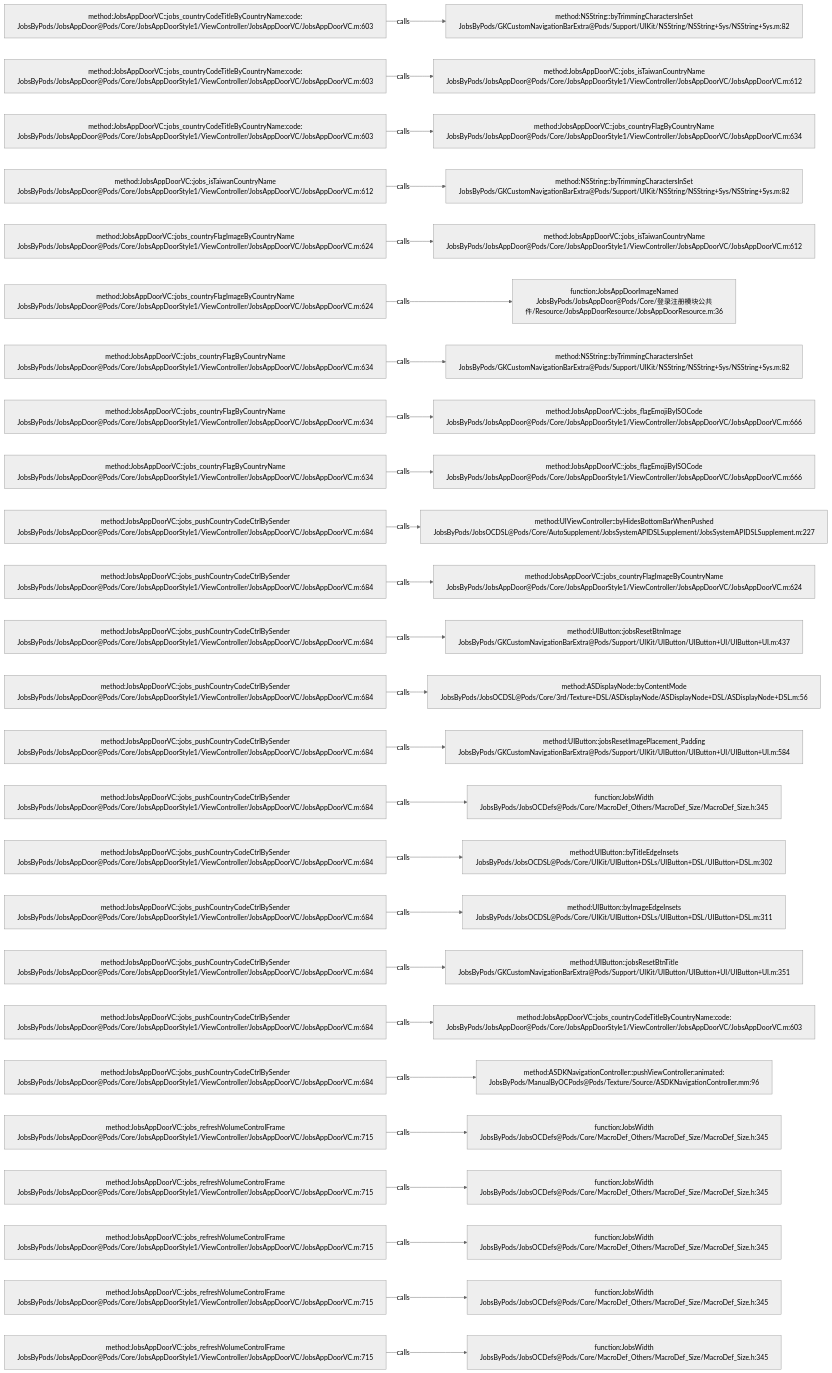
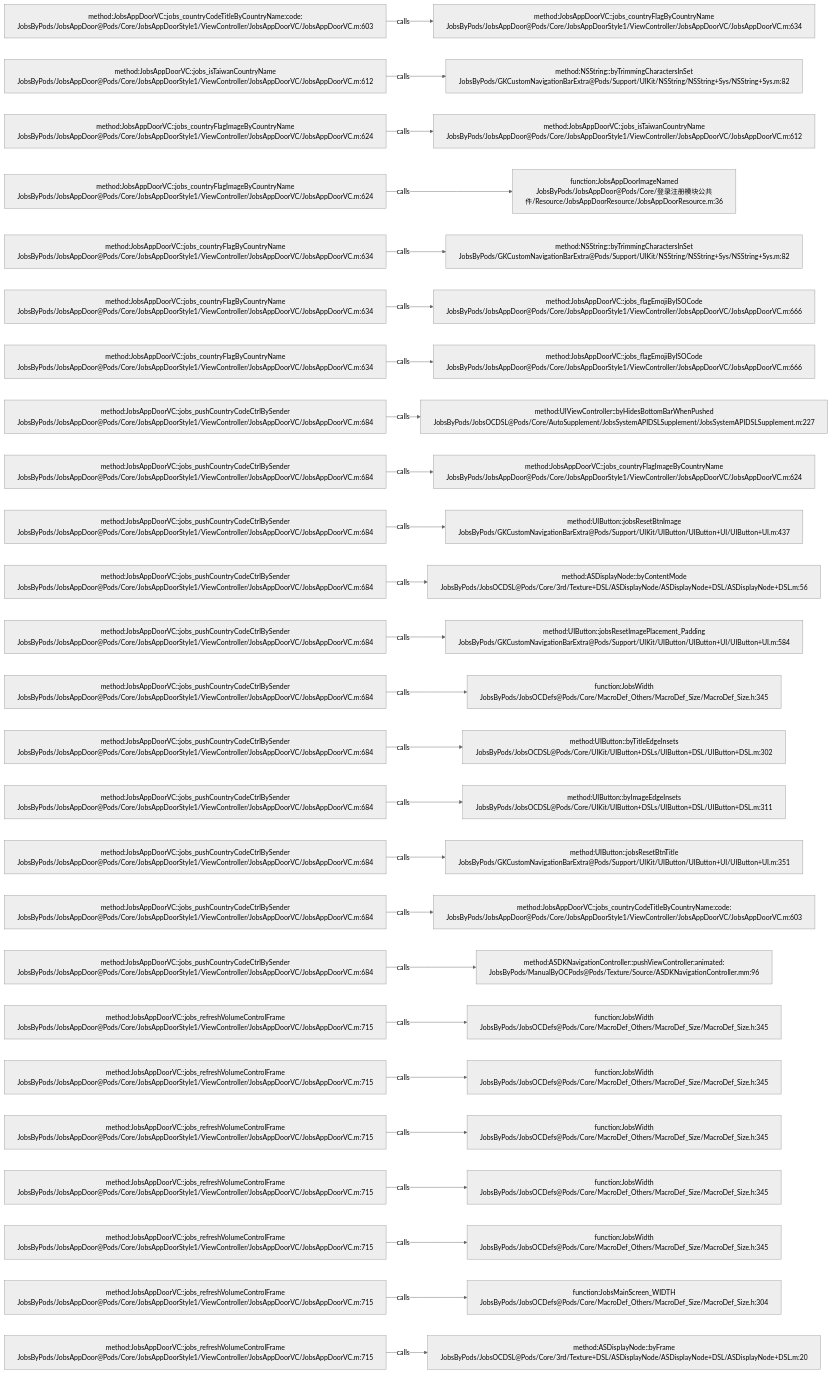
The diagram in .codegraph/codegraph.md/graphs/calls-109.md (JobsKits/JobsOCBaseConfigDemo), drawn with Mermaid (neutral theme) before and after one commit. The commit also changed 116 other files, not shown here.

````diff
--- a/.codegraph/codegraph.md/graphs/calls-109.md
+++ b/.codegraph/codegraph.md/graphs/calls-109.md
@@ -13,78 +13,78 @@
 ```mermaid
 flowchart LR
   S1["method:JobsAppDoorVC::jobs_countryCodeTitleByCountryName:code:<br/>JobsByPods/JobsAppDoor@Pods/Core/JobsAppDoorStyle1/ViewController/JobsAppDoorVC/JobsAppDoorVC.m:603"]
-  T1["method:NSString::byTrimmingCharactersInSet<br/>JobsByPods/GKCustomNavigationBarExtra@Pods/Support/UIKit/NSString/NSString+Sys/NSString+Sys.m:82"]
+  T1["method:JobsAppDoorVC::jobs_countryFlagByCountryName<br/>JobsByPods/JobsAppDoor@Pods/Core/JobsAppDoorStyle1/ViewController/JobsAppDoorVC/JobsAppDoorVC.m:634"]
   S1 -->|calls| T1
-  S2["method:JobsAppDoorVC::jobs_countryCodeTitleByCountryName:code:<br/>JobsByPods/JobsAppDoor@Pods/Core/JobsAppDoorStyle1/ViewController/JobsAppDoorVC/JobsAppDoorVC.m:603"]
-  T2["method:JobsAppDoorVC::jobs_isTaiwanCountryName<br/>JobsByPods/JobsAppDoor@Pods/Core/JobsAppDoorStyle1/ViewController/JobsAppDoorVC/JobsAppDoorVC.m:612"]
+  S2["method:JobsAppDoorVC::jobs_isTaiwanCountryName<br/>JobsByPods/JobsAppDoor@Pods/Core/JobsAppDoorStyle1/ViewController/JobsAppDoorVC/JobsAppDoorVC.m:612"]
+  T2["method:NSString::byTrimmingCharactersInSet<br/>JobsByPods/GKCustomNavigationBarExtra@Pods/Support/UIKit/NSString/NSString+Sys/NSString+Sys.m:82"]
   S2 -->|calls| T2
-  S3["method:JobsAppDoorVC::jobs_countryCodeTitleByCountryName:code:<br/>JobsByPods/JobsAppDoor@Pods/Core/JobsAppDoorStyle1/ViewController/JobsAppDoorVC/JobsAppDoorVC.m:603"]
-  T3["method:JobsAppDoorVC::jobs_countryFlagByCountryName<br/>JobsByPods/JobsAppDoor@Pods/Core/JobsAppDoorStyle1/ViewController/JobsAppDoorVC/JobsAppDoorVC.m:634"]
+  S3["method:JobsAppDoorVC::jobs_countryFlagImageByCountryName<br/>JobsByPods/JobsAppDoor@Pods/Core/JobsAppDoorStyle1/ViewController/JobsAppDoorVC/JobsAppDoorVC.m:624"]
+  T3["method:JobsAppDoorVC::jobs_isTaiwanCountryName<br/>JobsByPods/JobsAppDoor@Pods/Core/JobsAppDoorStyle1/ViewController/JobsAppDoorVC/JobsAppDoorVC.m:612"]
   S3 -->|calls| T3
-  S4["method:JobsAppDoorVC::jobs_isTaiwanCountryName<br/>JobsByPods/JobsAppDoor@Pods/Core/JobsAppDoorStyle1/ViewController/JobsAppDoorVC/JobsAppDoorVC.m:612"]
-  T4["method:NSString::byTrimmingCharactersInSet<br/>JobsByPods/GKCustomNavigationBarExtra@Pods/Support/UIKit/NSString/NSString+Sys/NSString+Sys.m:82"]
+  S4["method:JobsAppDoorVC::jobs_countryFlagImageByCountryName<br/>JobsByPods/JobsAppDoor@Pods/Core/JobsAppDoorStyle1/ViewController/JobsAppDoorVC/JobsAppDoorVC.m:624"]
+  T4["function:JobsAppDoorImageNamed<br/>JobsByPods/JobsAppDoor@Pods/Core/登录注册模块公共件/Resource/JobsAppDoorResource/JobsAppDoorResource.m:36"]
   S4 -->|calls| T4
-  S5["method:JobsAppDoorVC::jobs_countryFlagImageByCountryName<br/>JobsByPods/JobsAppDoor@Pods/Core/JobsAppDoorStyle1/ViewController/JobsAppDoorVC/JobsAppDoorVC.m:624"]
-  T5["method:JobsAppDoorVC::jobs_isTaiwanCountryName<br/>JobsByPods/JobsAppDoor@Pods/Core/JobsAppDoorStyle1/ViewController/JobsAppDoorVC/JobsAppDoorVC.m:612"]
+  S5["method:JobsAppDoorVC::jobs_countryFlagByCountryName<br/>JobsByPods/JobsAppDoor@Pods/Core/JobsAppDoorStyle1/ViewController/JobsAppDoorVC/JobsAppDoorVC.m:634"]
+  T5["method:NSString::byTrimmingCharactersInSet<br/>JobsByPods/GKCustomNavigationBarExtra@Pods/Support/UIKit/NSString/NSString+Sys/NSString+Sys.m:82"]
   S5 -->|calls| T5
-  S6["method:JobsAppDoorVC::jobs_countryFlagImageByCountryName<br/>JobsByPods/JobsAppDoor@Pods/Core/JobsAppDoorStyle1/ViewController/JobsAppDoorVC/JobsAppDoorVC.m:624"]
-  T6["function:JobsAppDoorImageNamed<br/>JobsByPods/JobsAppDoor@Pods/Core/登录注册模块公共件/Resource/JobsAppDoorResource/JobsAppDoorResource.m:36"]
+  S6["method:JobsAppDoorVC::jobs_countryFlagByCountryName<br/>JobsByPods/JobsAppDoor@Pods/Core/JobsAppDoorStyle1/ViewController/JobsAppDoorVC/JobsAppDoorVC.m:634"]
+  T6["method:JobsAppDoorVC::jobs_flagEmojiByISOCode<br/>JobsByPods/JobsAppDoor@Pods/Core/JobsAppDoorStyle1/ViewController/JobsAppDoorVC/JobsAppDoorVC.m:666"]
   S6 -->|calls| T6
   S7["method:JobsAppDoorVC::jobs_countryFlagByCountryName<br/>JobsByPods/JobsAppDoor@Pods/Core/JobsAppDoorStyle1/ViewController/JobsAppDoorVC/JobsAppDoorVC.m:634"]
-  T7["method:NSString::byTrimmingCharactersInSet<br/>JobsByPods/GKCustomNavigationBarExtra@Pods/Support/UIKit/NSString/NSString+Sys/NSString+Sys.m:82"]
+  T7["method:JobsAppDoorVC::jobs_flagEmojiByISOCode<br/>JobsByPods/JobsAppDoor@Pods/Core/JobsAppDoorStyle1/ViewController/JobsAppDoorVC/JobsAppDoorVC.m:666"]
   S7 -->|calls| T7
-  S8["method:JobsAppDoorVC::jobs_countryFlagByCountryName<br/>JobsByPods/JobsAppDoor@Pods/Core/JobsAppDoorStyle1/ViewController/JobsAppDoorVC/JobsAppDoorVC.m:634"]
-  T8["method:JobsAppDoorVC::jobs_flagEmojiByISOCode<br/>JobsByPods/JobsAppDoor@Pods/Core/JobsAppDoorStyle1/ViewController/JobsAppDoorVC/JobsAppDoorVC.m:666"]
+  S8["method:JobsAppDoorVC::jobs_pushCountryCodeCtrlBySender<br/>JobsByPods/JobsAppDoor@Pods/Core/JobsAppDoorStyle1/ViewController/JobsAppDoorVC/JobsAppDoorVC.m:684"]
+  T8["method:UIViewController::byHidesBottomBarWhenPushed<br/>JobsByPods/JobsOCDSL@Pods/Core/AutoSupplement/JobsSystemAPIDSLSupplement/JobsSystemAPIDSLSupplement.m:227"]
   S8 -->|calls| T8
-  S9["method:JobsAppDoorVC::jobs_countryFlagByCountryName<br/>JobsByPods/JobsAppDoor@Pods/Core/JobsAppDoorStyle1/ViewController/JobsAppDoorVC/JobsAppDoorVC.m:634"]
-  T9["method:JobsAppDoorVC::jobs_flagEmojiByISOCode<br/>JobsByPods/JobsAppDoor@Pods/Core/JobsAppDoorStyle1/ViewController/JobsAppDoorVC/JobsAppDoorVC.m:666"]
+  S9["method:JobsAppDoorVC::jobs_pushCountryCodeCtrlBySender<br/>JobsByPods/JobsAppDoor@Pods/Core/JobsAppDoorStyle1/ViewController/JobsAppDoorVC/JobsAppDoorVC.m:684"]
+  T9["method:JobsAppDoorVC::jobs_countryFlagImageByCountryName<br/>JobsByPods/JobsAppDoor@Pods/Core/JobsAppDoorStyle1/ViewController/JobsAppDoorVC/JobsAppDoorVC.m:624"]
   S9 -->|calls| T9
   S10["method:JobsAppDoorVC::jobs_pushCountryCodeCtrlBySender<br/>JobsByPods/JobsAppDoor@Pods/Core/JobsAppDoorStyle1/ViewController/JobsAppDoorVC/JobsAppDoorVC.m:684"]
-  T10["method:UIViewController::byHidesBottomBarWhenPushed<br/>JobsByPods/JobsOCDSL@Pods/Core/AutoSupplement/JobsSystemAPIDSLSupplement/JobsSystemAPIDSLSupplement.m:227"]
+  T10["method:UIButton::jobsResetBtnImage<br/>JobsByPods/GKCustomNavigationBarExtra@Pods/Support/UIKit/UIButton/UIButton+UI/UIButton+UI.m:437"]
   S10 -->|calls| T10
   S11["method:JobsAppDoorVC::jobs_pushCountryCodeCtrlBySender<br/>JobsByPods/JobsAppDoor@Pods/Core/JobsAppDoorStyle1/ViewController/JobsAppDoorVC/JobsAppDoorVC.m:684"]
-  T11["method:JobsAppDoorVC::jobs_countryFlagImageByCountryName<br/>JobsByPods/JobsAppDoor@Pods/Core/JobsAppDoorStyle1/ViewController/JobsAppDoorVC/JobsAppDoorVC.m:624"]
+  T11["method:ASDisplayNode::byContentMode<br/>JobsByPods/JobsOCDSL@Pods/Core/3rd/Texture+DSL/ASDisplayNode/ASDisplayNode+DSL/ASDisplayNode+DSL.m:56"]
   S11 -->|calls| T11
   S12["method:JobsAppDoorVC::jobs_pushCountryCodeCtrlBySender<br/>JobsByPods/JobsAppDoor@Pods/Core/JobsAppDoorStyle1/ViewController/JobsAppDoorVC/JobsAppDoorVC.m:684"]
-  T12["method:UIButton::jobsResetBtnImage<br/>JobsByPods/GKCustomNavigationBarExtra@Pods/Support/UIKit/UIButton/UIButton+UI/UIButton+UI.m:437"]
+  T12["method:UIButton::jobsResetImagePlacement_Padding<br/>JobsByPods/GKCustomNavigationBarExtra@Pods/Support/UIKit/UIButton/UIButton+UI/UIButton+UI.m:584"]
   S12 -->|calls| T12
   S13["method:JobsAppDoorVC::jobs_pushCountryCodeCtrlBySender<br/>JobsByPods/JobsAppDoor@Pods/Core/JobsAppDoorStyle1/ViewController/JobsAppDoorVC/JobsAppDoorVC.m:684"]
-  T13["method:ASDisplayNode::byContentMode<br/>JobsByPods/JobsOCDSL@Pods/Core/3rd/Texture+DSL/ASDisplayNode/ASDisplayNode+DSL/ASDisplayNode+DSL.m:56"]
+  T13["function:JobsWidth<br/>JobsByPods/JobsOCDefs@Pods/Core/MacroDef_Others/MacroDef_Size/MacroDef_Size.h:345"]
   S13 -->|calls| T13
   S14["method:JobsAppDoorVC::jobs_pushCountryCodeCtrlBySender<br/>JobsByPods/JobsAppDoor@Pods/Core/JobsAppDoorStyle1/ViewController/JobsAppDoorVC/JobsAppDoorVC.m:684"]
-  T14["method:UIButton::jobsResetImagePlacement_Padding<br/>JobsByPods/GKCustomNavigationBarExtra@Pods/Support/UIKit/UIButton/UIButton+UI/UIButton+UI.m:584"]
+  T14["method:UIButton::byTitleEdgeInsets<br/>JobsByPods/JobsOCDSL@Pods/Core/UIKit/UIButton+DSLs/UIButton+DSL/UIButton+DSL.m:302"]
   S14 -->|calls| T14
   S15["method:JobsAppDoorVC::jobs_pushCountryCodeCtrlBySender<br/>JobsByPods/JobsAppDoor@Pods/Core/JobsAppDoorStyle1/ViewController/JobsAppDoorVC/JobsAppDoorVC.m:684"]
-  T15["function:JobsWidth<br/>JobsByPods/JobsOCDefs@Pods/Core/MacroDef_Others/MacroDef_Size/MacroDef_Size.h:345"]
+  T15["method:UIButton::byImageEdgeInsets<br/>JobsByPods/JobsOCDSL@Pods/Core/UIKit/UIButton+DSLs/UIButton+DSL/UIButton+DSL.m:311"]
   S15 -->|calls| T15
   S16["method:JobsAppDoorVC::jobs_pushCountryCodeCtrlBySender<br/>JobsByPods/JobsAppDoor@Pods/Core/JobsAppDoorStyle1/ViewController/JobsAppDoorVC/JobsAppDoorVC.m:684"]
-  T16["method:UIButton::byTitleEdgeInsets<br/>JobsByPods/JobsOCDSL@Pods/Core/UIKit/UIButton+DSLs/UIButton+DSL/UIButton+DSL.m:302"]
+  T16["method:UIButton::jobsResetBtnTitle<br/>JobsByPods/GKCustomNavigationBarExtra@Pods/Support/UIKit/UIButton/UIButton+UI/UIButton+UI.m:351"]
   S16 -->|calls| T16
   S17["method:JobsAppDoorVC::jobs_pushCountryCodeCtrlBySender<br/>JobsByPods/JobsAppDoor@Pods/Core/JobsAppDoorStyle1/ViewController/JobsAppDoorVC/JobsAppDoorVC.m:684"]
-  T17["method:UIButton::byImageEdgeInsets<br/>JobsByPods/JobsOCDSL@Pods/Core/UIKit/UIButton+DSLs/UIButton+DSL/UIButton+DSL.m:311"]
+  T17["method:JobsAppDoorVC::jobs_countryCodeTitleByCountryName:code:<br/>JobsByPods/JobsAppDoor@Pods/Core/JobsAppDoorStyle1/ViewController/JobsAppDoorVC/JobsAppDoorVC.m:603"]
   S17 -->|calls| T17
   S18["method:JobsAppDoorVC::jobs_pushCountryCodeCtrlBySender<br/>JobsByPods/JobsAppDoor@Pods/Core/JobsAppDoorStyle1/ViewController/JobsAppDoorVC/JobsAppDoorVC.m:684"]
-  T18["method:UIButton::jobsResetBtnTitle<br/>JobsByPods/GKCustomNavigationBarExtra@Pods/Support/UIKit/UIButton/UIButton+UI/UIButton+UI.m:351"]
+  T18["method:ASDKNavigationController::pushViewController:animated:<br/>JobsByPods/ManualByOCPods@Pods/Texture/Source/ASDKNavigationController.mm:96"]
   S18 -->|calls| T18
-  S19["method:JobsAppDoorVC::jobs_pushCountryCodeCtrlBySender<br/>JobsByPods/JobsAppDoor@Pods/Core/JobsAppDoorStyle1/ViewController/JobsAppDoorVC/JobsAppDoorVC.m:684"]
-  T19["method:JobsAppDoorVC::jobs_countryCodeTitleByCountryName:code:<br/>JobsByPods/JobsAppDoor@Pods/Core/JobsAppDoorStyle1/ViewController/JobsAppDoorVC/JobsAppDoorVC.m:603"]
+  S19["method:JobsAppDoorVC::jobs_refreshVolumeControlFrame<br/>JobsByPods/JobsAppDoor@Pods/Core/JobsAppDoorStyle1/ViewController/JobsAppDoorVC/JobsAppDoorVC.m:715"]
+  T19["function:JobsWidth<br/>JobsByPods/JobsOCDefs@Pods/Core/MacroDef_Others/MacroDef_Size/MacroDef_Size.h:345"]
   S19 -->|calls| T19
-  S20["method:JobsAppDoorVC::jobs_pushCountryCodeCtrlBySender<br/>JobsByPods/JobsAppDoor@Pods/Core/JobsAppDoorStyle1/ViewController/JobsAppDoorVC/JobsAppDoorVC.m:684"]
-  T20["method:ASDKNavigationController::pushViewController:animated:<br/>JobsByPods/ManualByOCPods@Pods/Texture/Source/ASDKNavigationController.mm:96"]
+  S20["method:JobsAppDoorVC::jobs_refreshVolumeControlFrame<br/>JobsByPods/JobsAppDoor@Pods/Core/JobsAppDoorStyle1/ViewController/JobsAppDoorVC/JobsAppDoorVC.m:715"]
+  T20["function:JobsWidth<br/>JobsByPods/JobsOCDefs@Pods/Core/MacroDef_Others/MacroDef_Size/MacroDef_Size.h:345"]
   S20 -->|calls| T20
   S21["method:JobsAppDoorVC::jobs_refreshVolumeControlFrame<br/>JobsByPods/JobsAppDoor@Pods/Core/JobsAppDoorStyle1/ViewController/JobsAppDoorVC/JobsAppDoorVC.m:715"]
   T21["function:JobsWidth<br/>JobsByPods/JobsOCDefs@Pods/Core/MacroDef_Others/MacroDef_Size/MacroDef_Size.h:345"]
   S21 -->|calls| T21
   S22["method:JobsAppDoorVC::jobs_refreshVolumeControlFrame<br/>JobsByPods/JobsAppDoor@Pods/Core/JobsAppDoorStyle1/ViewController/JobsAppDoorVC/JobsAppDoorVC.m:715"]
   T22["function:JobsWidth<br/>JobsByPods/JobsOCDefs@Pods/Core/MacroDef_Others/MacroDef_Size/MacroDef_Size.h:345"]
   S22 -->|calls| T22
   S23["method:JobsAppDoorVC::jobs_refreshVolumeControlFrame<br/>JobsByPods/JobsAppDoor@Pods/Core/JobsAppDoorStyle1/ViewController/JobsAppDoorVC/JobsAppDoorVC.m:715"]
   T23["function:JobsWidth<br/>JobsByPods/JobsOCDefs@Pods/Core/MacroDef_Others/MacroDef_Size/MacroDef_Size.h:345"]
   S23 -->|calls| T23
   S24["method:JobsAppDoorVC::jobs_refreshVolumeControlFrame<br/>JobsByPods/JobsAppDoor@Pods/Core/JobsAppDoorStyle1/ViewController/JobsAppDoorVC/JobsAppDoorVC.m:715"]
-  T24["function:JobsWidth<br/>JobsByPods/JobsOCDefs@Pods/Core/MacroDef_Others/MacroDef_Size/MacroDef_Size.h:345"]
+  T24["function:JobsMainScreen_WIDTH<br/>JobsByPods/JobsOCDefs@Pods/Core/MacroDef_Others/MacroDef_Size/MacroDef_Size.h:304"]
   S24 -->|calls| T24
   S25["method:JobsAppDoorVC::jobs_refreshVolumeControlFrame<br/>JobsByPods/JobsAppDoor@Pods/Core/JobsAppDoorStyle1/ViewController/JobsAppDoorVC/JobsAppDoorVC.m:715"]
-  T25["function:JobsWidth<br/>JobsByPods/JobsOCDefs@Pods/Core/MacroDef_Others/MacroDef_Size/MacroDef_Size.h:345"]
+  T25["method:ASDisplayNode::byFrame<br/>JobsByPods/JobsOCDSL@Pods/Core/3rd/Texture+DSL/ASDisplayNode/ASDisplayNode+DSL/ASDisplayNode+DSL.m:20"]
   S25 -->|calls| T25
 ```
````
